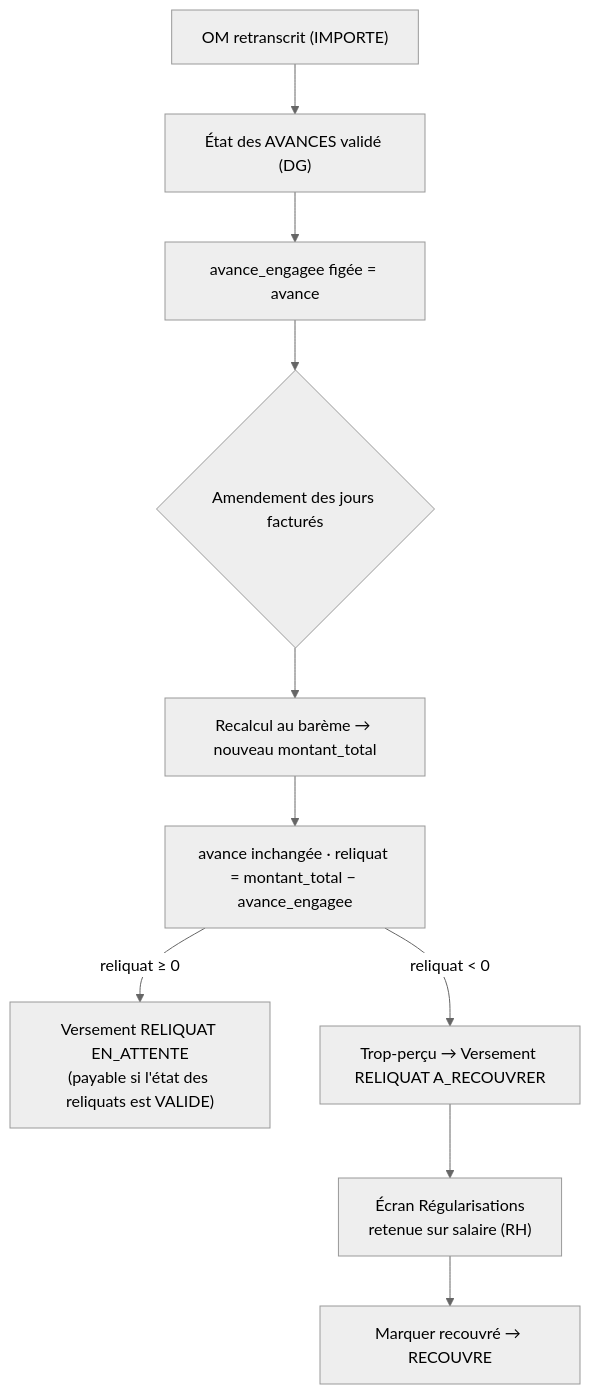
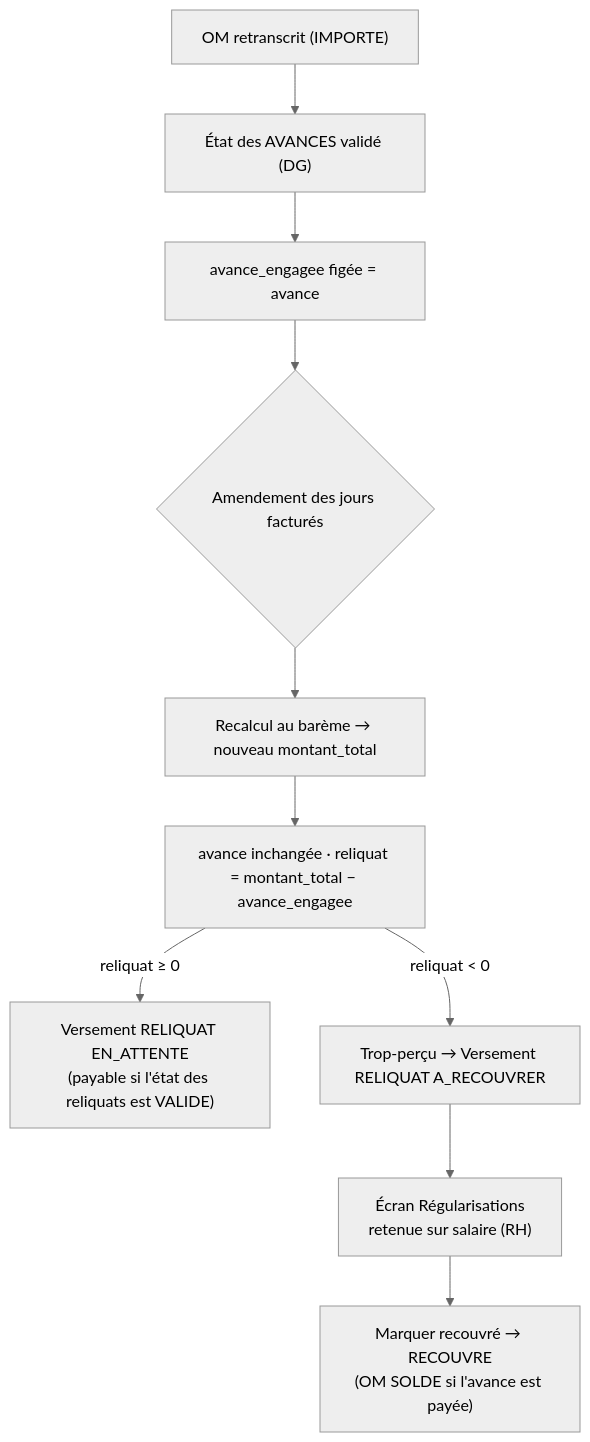
Before and after one commit to malcomx2022/anatt-ordre-mission: the diagram in docs/circuits-validation.md, drawn with Mermaid (neutral theme). The commit also changed other lines of this file and 12 other files, not shown here.

````diff
--- a/docs/circuits-validation.md
+++ b/docs/circuits-validation.md
@@ -179,12 +186,12 @@
 ```mermaid
 flowchart TD
   A["OM retranscrit (IMPORTE)"] --> B["État des AVANCES validé (DG)"]
   B --> C["avance_engagee figée = avance"]
   C --> D{"Amendement des jours facturés"}
   D --> E["Recalcul au barème → nouveau montant_total"]
   E --> F["avance inchangée · reliquat = montant_total − avance_engagee"]
   F -->|"reliquat ≥ 0"| G["Versement RELIQUAT EN_ATTENTE<br/>(payable si l'état des reliquats est VALIDE)"]
   F -->|"reliquat < 0"| H["Trop-perçu → Versement RELIQUAT A_RECOUVRER"]
   H --> I["Écran Régularisations<br/>retenue sur salaire (RH)"]
-  I --> J["Marquer recouvré → RECOUVRE"]
+  I --> J["Marquer recouvré → RECOUVRE<br/>(OM SOLDE si l'avance est payée)"]
 ```
````
